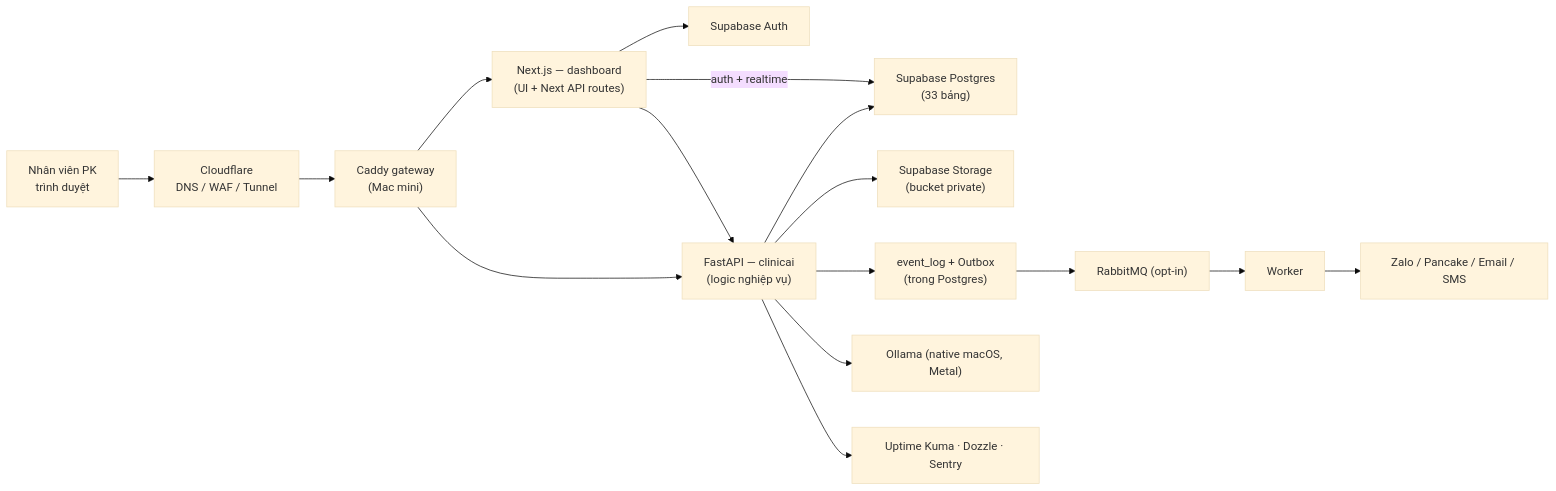
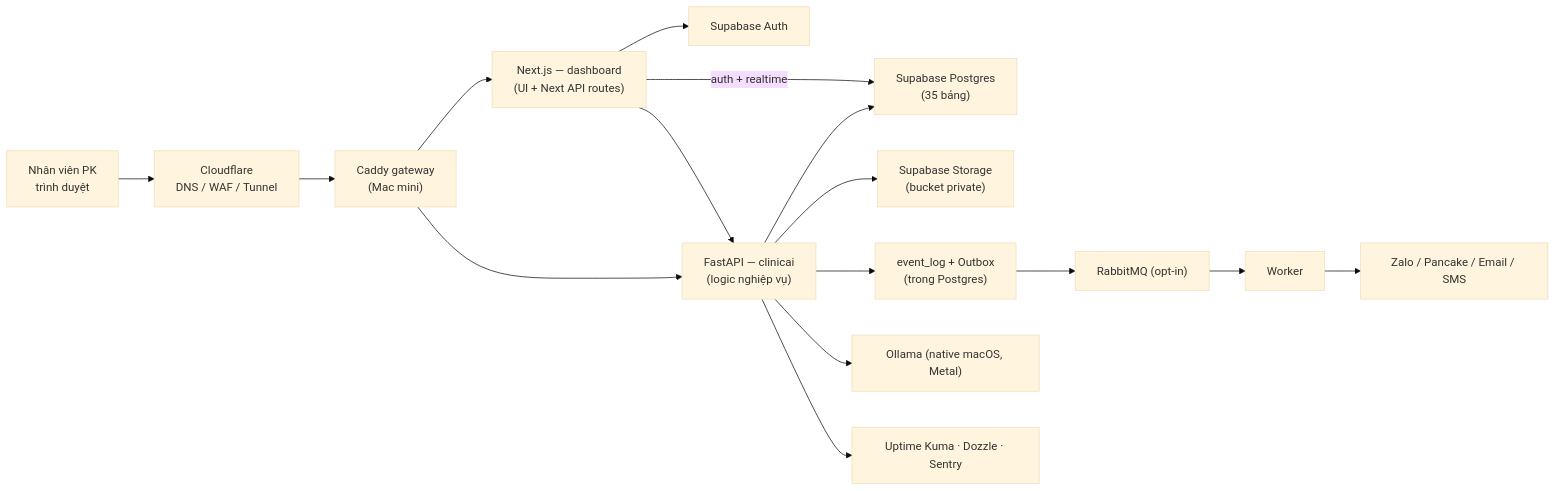
Before and after one commit to Avalook/Clinic-AI-MacMini: the first of 4 diagrams in docs/ClinicAI-Tong-Quan-He-Thong.md, drawn with Mermaid (base theme). The commit also changed other lines of this file and 7 other files, not shown here.

````diff
--- a/docs/ClinicAI-Tong-Quan-He-Thong.md
+++ b/docs/ClinicAI-Tong-Quan-He-Thong.md
@@ -67,18 +67,18 @@
 ```mermaid
 flowchart LR
   U["Nhân viên PK<br/>trình duyệt"] --> CF["Cloudflare<br/>DNS / WAF / Tunnel"]
   CF --> CAD["Caddy gateway<br/>(Mac mini)"]
   CAD --> WEB["Next.js — dashboard<br/>(UI + Next API routes)"]
   CAD --> API["FastAPI — clinicai<br/>(logic nghiệp vụ)"]
   WEB --> AUTH["Supabase Auth"]
   WEB -->|auth + realtime| DB
   WEB --> API
-  API --> DB["Supabase Postgres<br/>(33 bảng)"]
+  API --> DB["Supabase Postgres<br/>(35 bảng)"]
   API --> ST["Supabase Storage<br/>(bucket private)"]
   API --> OUT["event_log + Outbox<br/>(trong Postgres)"]
   OUT --> MQ["RabbitMQ (opt-in)"]
   MQ --> WK["Worker"]
   API --> LLM["Ollama (native macOS, Metal)"]
   WK --> EXT["Zalo / Pancake / Email / SMS"]
   API --> OBS["Uptime Kuma · Dozzle · Sentry"]
 ```
````
